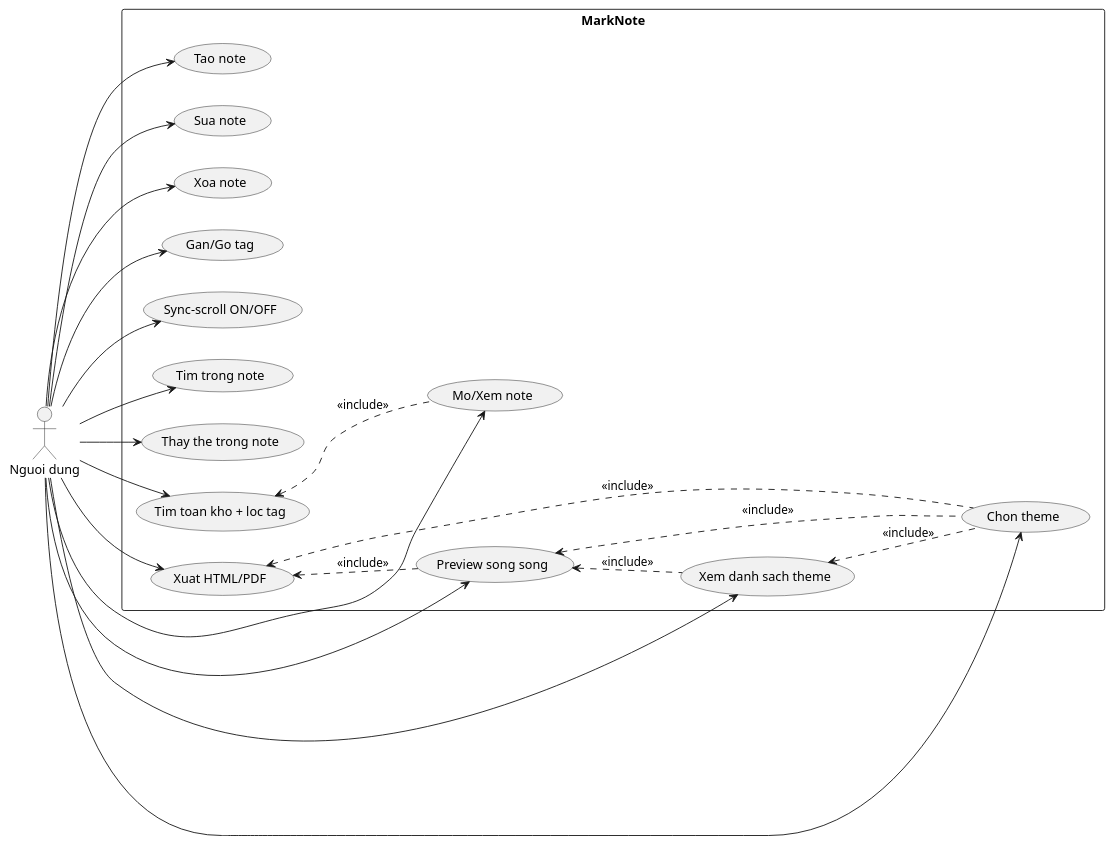
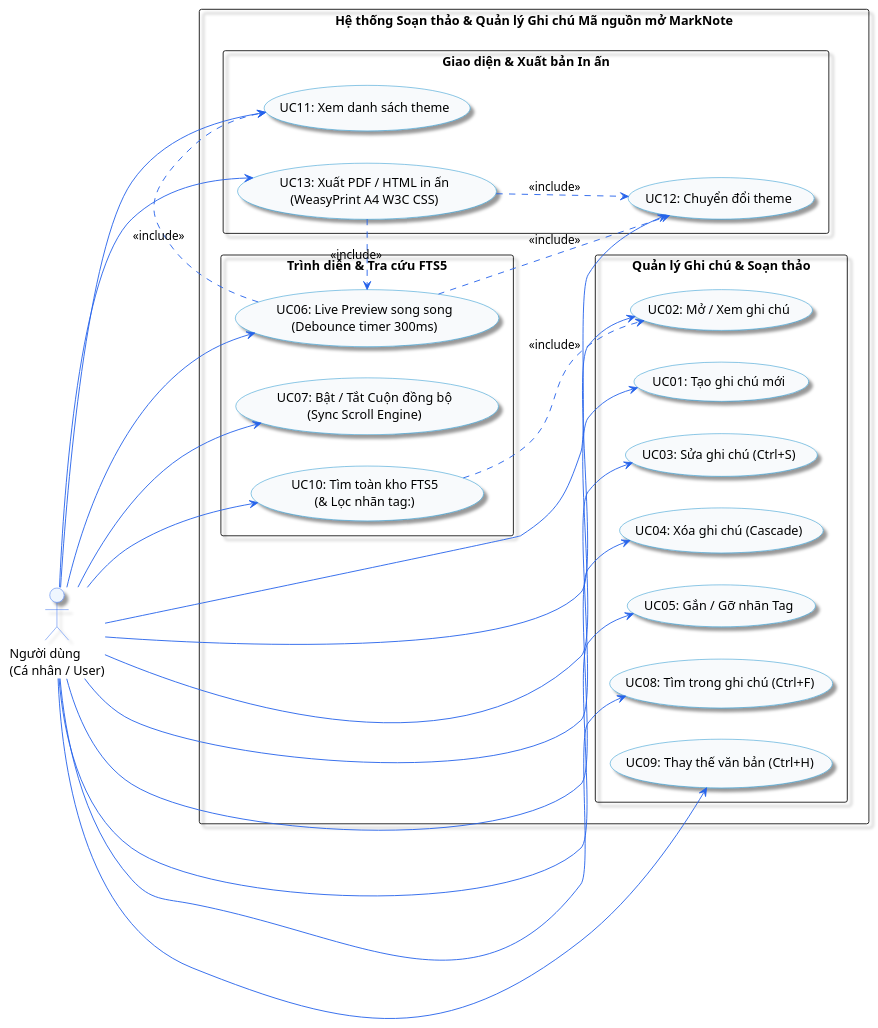
The diagram in docs/diagrams/usecase.puml (dotlinux26/marknote), drawn with PlantUML before and after one commit. The commit also changed 28 other files, not shown here.

Commit message:
docs: complete PlantUML diagrams and comprehensive academic report matching HaUI standard

```diff
--- a/docs/diagrams/usecase.puml
+++ b/docs/diagrams/usecase.puml
@@ -1,39 +1,65 @@
 @startuml
+skinparam defaultFontName "Segoe UI"
+skinparam handwritten false
+skinparam packageStyle rectangle
+skinparam shadowing true
+
+skinparam actor {
+  BackgroundColor #EFF6FF
+  BorderColor #2563EB
+}
+skinparam usecase {
+  BackgroundColor #F8FAFC
+  BorderColor #0284C7
+  ArrowColor #2563EB
+}
+
 left to right direction
-actor "Nguoi dung" as U
-rectangle MarkNote {
-  (Tao note) as UC1
-  (Mo/Xem note) as UC2
-  (Sua note) as UC3
-  (Xoa note) as UC4
-  (Gan/Go tag) as UC5
-  (Preview song song) as UC6
-  (Sync-scroll ON/OFF) as UC7
-  (Tim trong note) as UC8
-  (Thay the trong note) as UC9
-  (Tim toan kho + loc tag) as UC10
-  (Xem danh sach theme) as UC11
-  (Chon theme) as UC12
-  (Xuat HTML/PDF) as UC13
+
+actor "Người dùng\n(Cá nhân / User)" as User
+
+rectangle "Hệ thống Soạn thảo & Quản lý Ghi chú Mã nguồn mở MarkNote" {
+  package "Quản lý Ghi chú & Soạn thảo" {
+    usecase "UC01: Tạo ghi chú mới" as UC01
+    usecase "UC02: Mở / Xem ghi chú" as UC02
+    usecase "UC03: Sửa ghi chú (Ctrl+S)" as UC03
+    usecase "UC04: Xóa ghi chú (Cascade)" as UC04
+    usecase "UC05: Gắn / Gỡ nhãn Tag" as UC05
+    usecase "UC08: Tìm trong ghi chú (Ctrl+F)" as UC08
+    usecase "UC09: Thay thế văn bản (Ctrl+H)" as UC09
+  }
+
+  package "Trình diễn & Tra cứu FTS5" {
+    usecase "UC06: Live Preview song song\n(Debounce timer 300ms)" as UC06
+    usecase "UC07: Bật / Tắt Cuộn đồng bộ\n(Sync Scroll Engine)" as UC07
+    usecase "UC10: Tìm toàn kho FTS5\n(& Lọc nhãn tag:)" as UC10
+  }
+
+  package "Giao diện & Xuất bản In ấn" {
+    usecase "UC11: Xem danh sách theme" as UC11
+    usecase "UC12: Chuyển đổi theme" as UC12
+    usecase "UC13: Xuất PDF / HTML in ấn\n(WeasyPrint A4 W3C CSS)" as UC13
+  }
 }
-U --> UC1
-U --> UC2
-U --> UC3
-U --> UC4
-U --> UC5
-U --> UC6
-U --> UC7
-U --> UC8
-U --> UC9
-U --> UC10
-U --> UC11
-U --> UC12
-U --> UC13
 
-UC6  <.. UC12 : <<include>>
-UC6  <.. UC11 : <<include>>
-UC11 <.. UC12 : <<include>>
-UC13 <.. UC12 : <<include>>
-UC13 <.. UC6  : <<include>>
-UC10 <.. UC2  : <<include>>
+User --> UC01
+User --> UC02
+User --> UC03
+User --> UC04
+User --> UC05
+User --> UC06
+User --> UC07
+User --> UC08
+User --> UC09
+User --> UC10
+User --> UC11
+User --> UC12
+User --> UC13
+
+UC06 ..> UC12 : <<include>>
+UC06 ..> UC11 : <<include>>
+UC10 ..> UC02 : <<include>>
+UC13 ..> UC06 : <<include>>
+UC13 ..> UC12 : <<include>>
+
 @enduml
```
